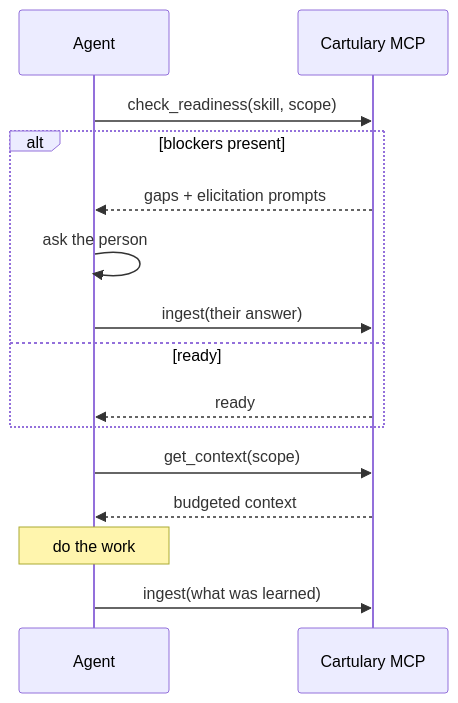
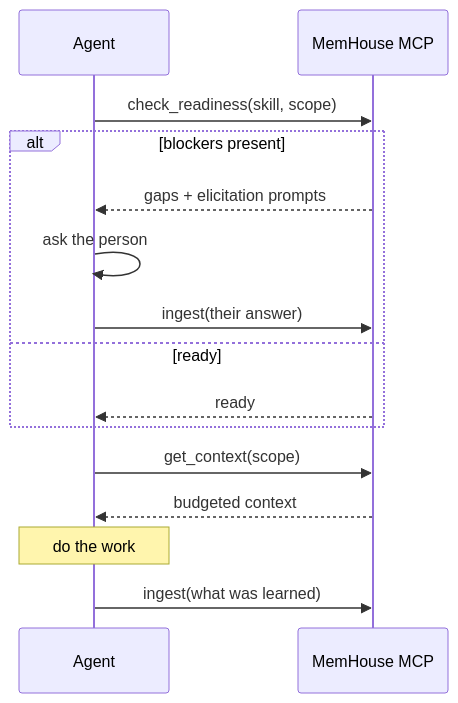
The second of 2 diagrams in docs/guides/mcp.md (cartularyhq/cartulary), drawn with Mermaid before and after one commit. The commit also changed other lines of this file and 410 other files, not shown here.

Commit message:
rename to MemHouse

````diff
--- a/docs/guides/mcp.md
+++ b/docs/guides/mcp.md
@@ -78,17 +78,17 @@
 ```mermaid
 sequenceDiagram
     participant A as Agent
-    participant C as Cartulary MCP
+    participant C as MemHouse MCP
     A->>C: check_readiness(skill, scope)
     alt blockers present
         C-->>A: gaps + elicitation prompts
         A->>A: ask the person
         A->>C: ingest(their answer)
     else ready
         C-->>A: ready
     end
     A->>C: get_context(scope)
     C-->>A: budgeted context
     Note over A: do the work
     A->>C: ingest(what was learned)
 ```
````
